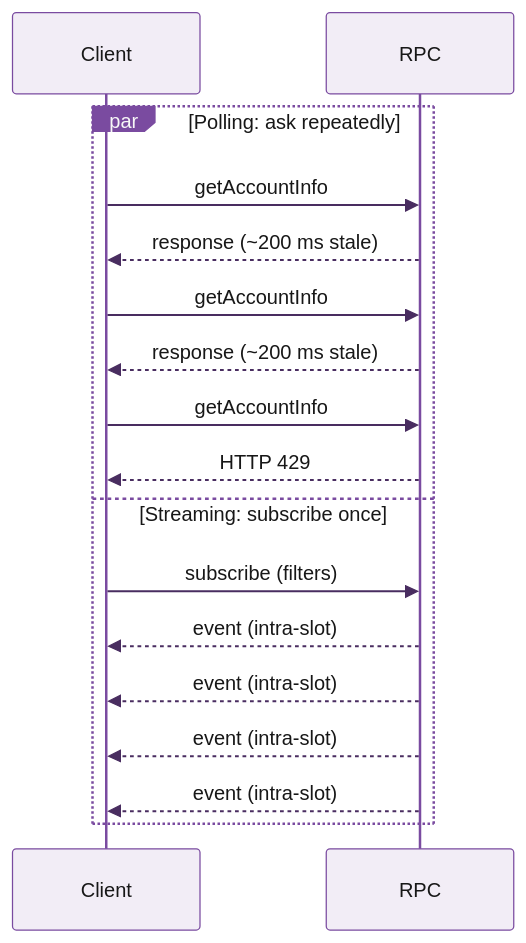
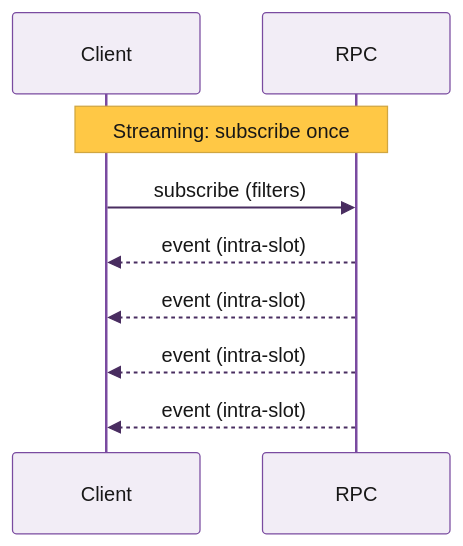
The second of 2 diagrams in solana/streaming/overview.mdx (kshyndina/docs), drawn with Mermaid before and after one commit. The commit also changed other lines of this file, not shown here.

Commit message:
streaming overview: split polling/streaming into two side-by-side sequence diagrams

````diff
--- a/solana/streaming/overview.mdx
+++ b/solana/streaming/overview.mdx
@@ -11,20 +31,12 @@
 ```mermaid
 %%{init: {'theme':'base','themeVariables':{'primaryColor':'#F2EDF6','primaryBorderColor':'#7A4BA0','primaryTextColor':'#171717','lineColor':'#956FB3','secondaryColor':'#E4DBEC','tertiaryColor':'#D7C9E3','noteBkgColor':'#FFC845','noteTextColor':'#171717','actorBkg':'#F2EDF6','actorBorder':'#7A4BA0','actorTextColor':'#171717','signalColor':'#492D60','labelBoxBkgColor':'#7A4BA0','labelTextColor':'#F7F7F7','edgeLabelBackground':'transparent'}}}%%
 sequenceDiagram
     participant Client
     participant RPC
-    par Polling: ask repeatedly
-        Client->>RPC: getAccountInfo
-        RPC-->>Client: response (~200 ms stale)
-        Client->>RPC: getAccountInfo
-        RPC-->>Client: response (~200 ms stale)
-        Client->>RPC: getAccountInfo
-        RPC-->>Client: HTTP 429
-    and Streaming: subscribe once
-        Client->>RPC: subscribe (filters)
-        RPC-->>Client: event (intra-slot)
-        RPC-->>Client: event (intra-slot)
-        RPC-->>Client: event (intra-slot)
-        RPC-->>Client: event (intra-slot)
-    end
+    Note over Client,RPC: Streaming: subscribe once
+    Client->>RPC: subscribe (filters)
+    RPC-->>Client: event (intra-slot)
+    RPC-->>Client: event (intra-slot)
+    RPC-->>Client: event (intra-slot)
+    RPC-->>Client: event (intra-slot)
 ```
````
